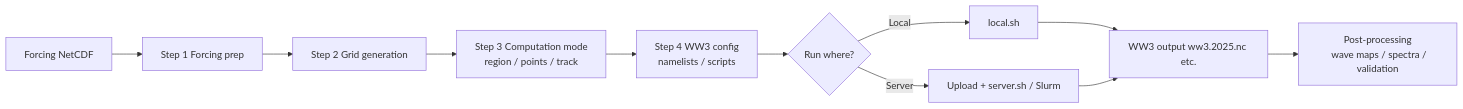
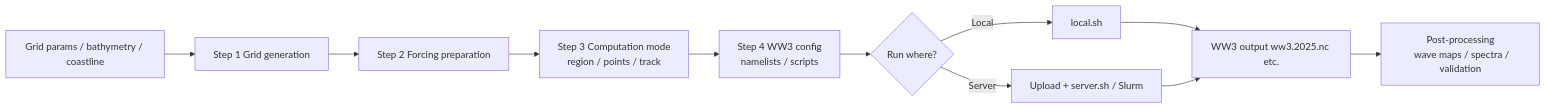
The diagram in README.md (ZxyGch/WW3Tool), drawn with Mermaid before and after one commit. The commit also changed other lines of this file and 86 other files, not shown here.

````diff
--- a/README.md
+++ b/README.md
@@ -280,16 +280,16 @@
 ```mermaid
 flowchart LR
-  A[Forcing NetCDF] --> B[Step 1 Forcing prep]
-  B --> C[Step 2 Grid generation]
+  A[Grid params / bathymetry / coastline] --> B[Step 1 Grid generation]
+  B --> C[Step 2 Forcing preparation]
   C --> D[Step 3 Computation mode
   region / points / track]
   D --> E[Step 4 WW3 config
   namelists / scripts]
   E --> F{Run where?}
   F -->|Local| G[local.sh]
   F -->|Server| H[Upload + server.sh / Slurm]
   G --> I[WW3 output ww3.2025.nc etc.]
   H --> I
   I --> J[Post-processing
   wave maps / spectra / validation]
 ```
````
